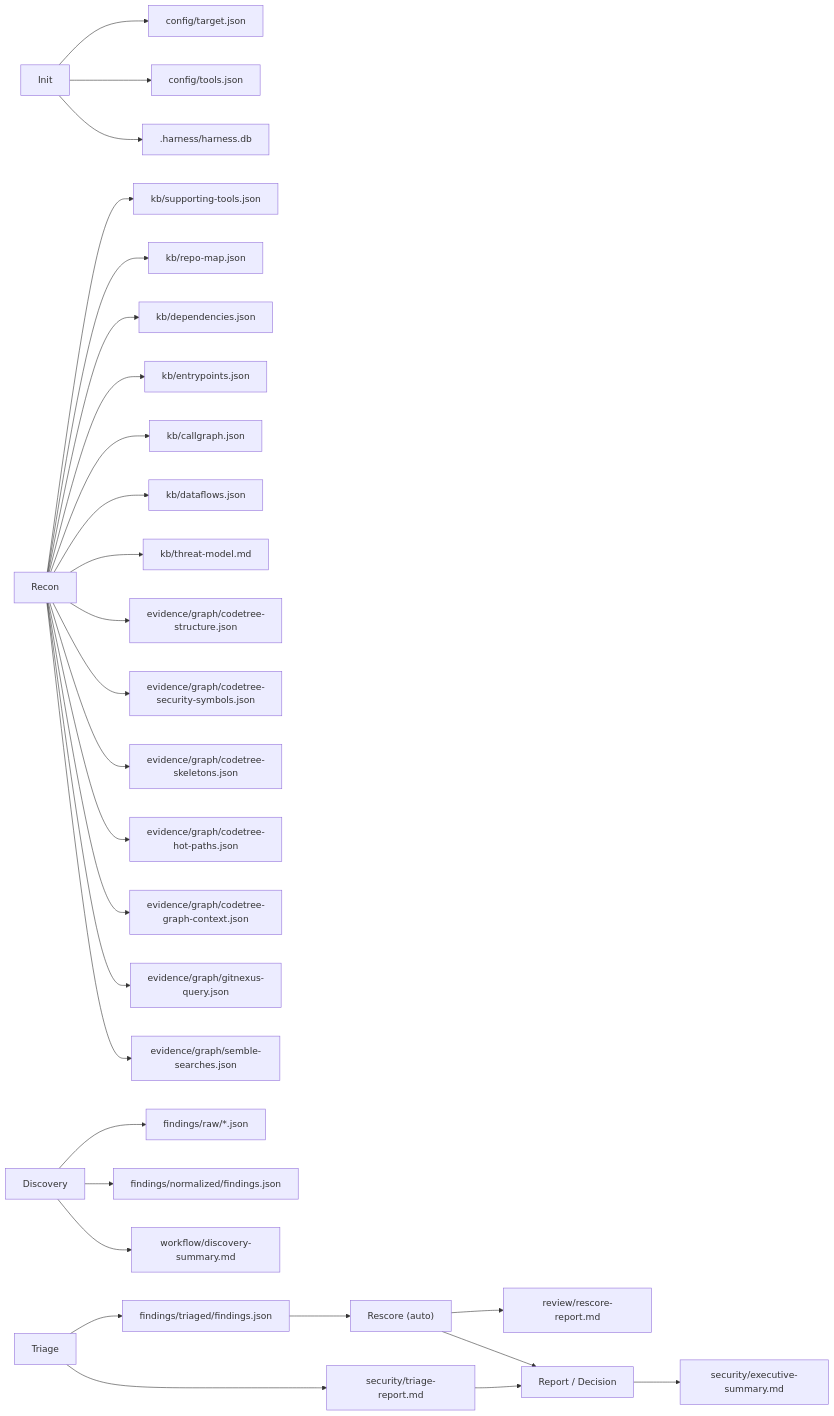
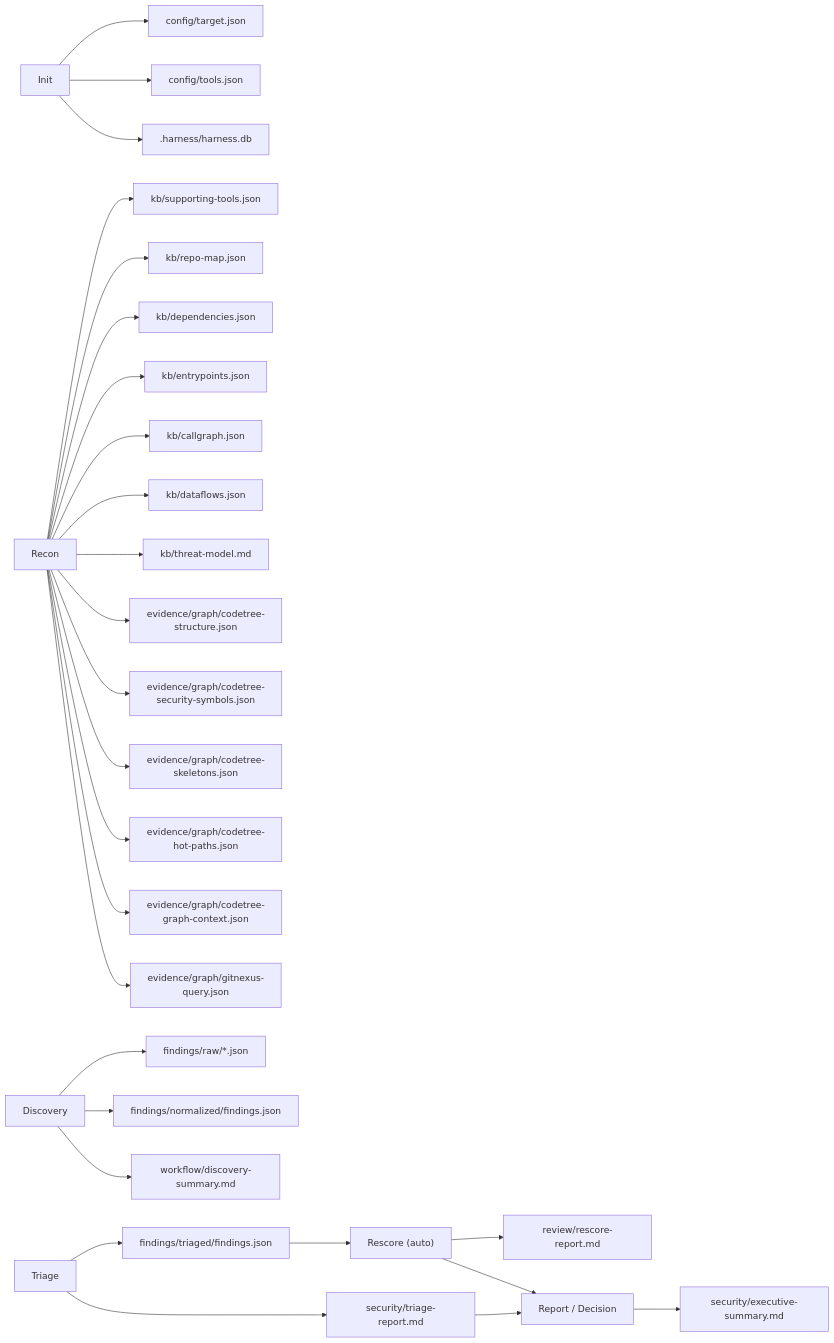
The eighth of 8 diagrams in docs/security-agent-flow.md (xfhg/security-agent), drawn with Mermaid before and after one commit. The commit also changed other lines of this file and 9 other files, not shown here.

````diff
--- a/docs/security-agent-flow.md
+++ b/docs/security-agent-flow.md
@@ -451,36 +438,35 @@
 ```mermaid
 flowchart LR
   Init["Init"] --> A1["config/target.json"]
   Init --> A2["config/tools.json"]
   Init --> A3[".harness/harness.db"]
 
   Recon["Recon"] --> B1["kb/supporting-tools.json"]
   Recon --> B2["kb/repo-map.json"]
   Recon --> B3["kb/dependencies.json"]
   Recon --> B4["kb/entrypoints.json"]
   Recon --> B5["kb/callgraph.json"]
   Recon --> B6["kb/dataflows.json"]
   Recon --> B7["kb/threat-model.md"]
   Recon --> B8["evidence/graph/codetree-structure.json"]
   Recon --> B9["evidence/graph/codetree-security-symbols.json"]
   Recon --> B10["evidence/graph/codetree-skeletons.json"]
   Recon --> B11["evidence/graph/codetree-hot-paths.json"]
   Recon --> B12["evidence/graph/codetree-graph-context.json"]
   Recon --> B13["evidence/graph/gitnexus-query.json"]
-  Recon --> B14["evidence/graph/semble-searches.json"]
 
   Discovery["Discovery"] --> C1["findings/raw/*.json"]
   Discovery --> C2["findings/normalized/findings.json"]
   Discovery --> C3["workflow/discovery-summary.md"]
 
   Triage["Triage"] --> D1["findings/triaged/findings.json"]
   Triage --> D2["security/triage-report.md"]
 
   Rescore["Rescore (auto)"] --> R1["review/rescore-report.md"]
 
   Decision["Report / Decision"] --> E1["security/executive-summary.md"]
 
   D1 --> Rescore
   Rescore --> Decision
   D2 --> Decision
 ```
````
